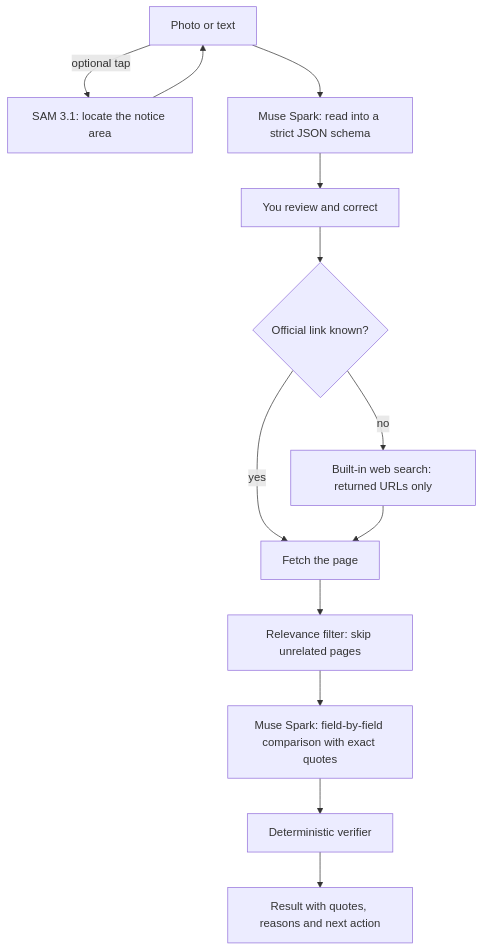
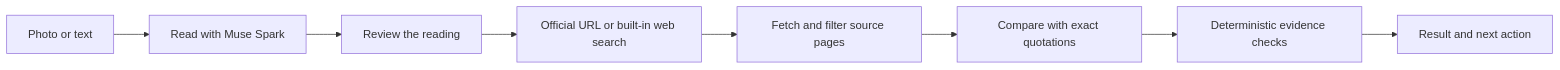
Before and after one commit to ZOOGOM/stillvalid: the diagram in README.en.md, drawn with Mermaid. The commit also changed other lines of this file and 22 other files, not shown here.

````diff
--- a/README.en.md
+++ b/README.en.md
@@ -133,15 +91,10 @@
 ```mermaid
-flowchart TD
-  A[Photo or text] -->|optional tap| S[SAM 3.1: locate the notice area]
-  S --> A
-  A --> E[Muse Spark: read into a strict JSON schema]
-  E --> R[You review and correct]
-  R --> L{Official link known?}
-  L -->|yes| F[Fetch the page]
-  L -->|no| W[Built-in web search: returned URLs only]
-  W --> F
-  F --> Q[Relevance filter: skip unrelated pages]
-  Q --> C[Muse Spark: field-by-field comparison with exact quotes]
-  C --> V[Deterministic verifier]
-  V --> O[Result with quotes, reasons and next action]
+flowchart LR
+  A[Photo or text] --> B[Read with Muse Spark]
+  B --> C[Review the reading]
+  C --> D[Official URL or built-in web search]
+  D --> E[Fetch and filter source pages]
+  E --> F[Compare with exact quotations]
+  F --> G[Deterministic evidence checks]
+  G --> H[Result and next action]
 ```
````
